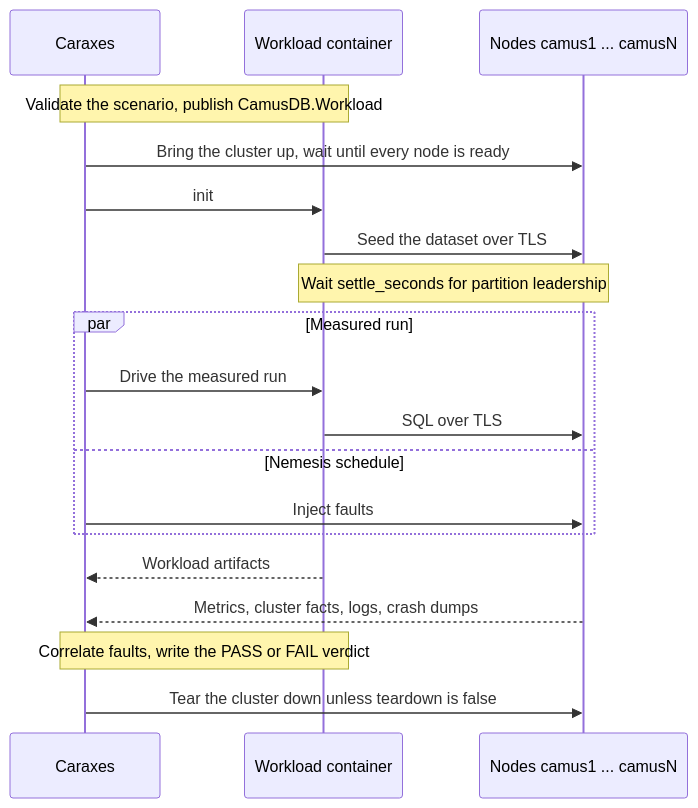
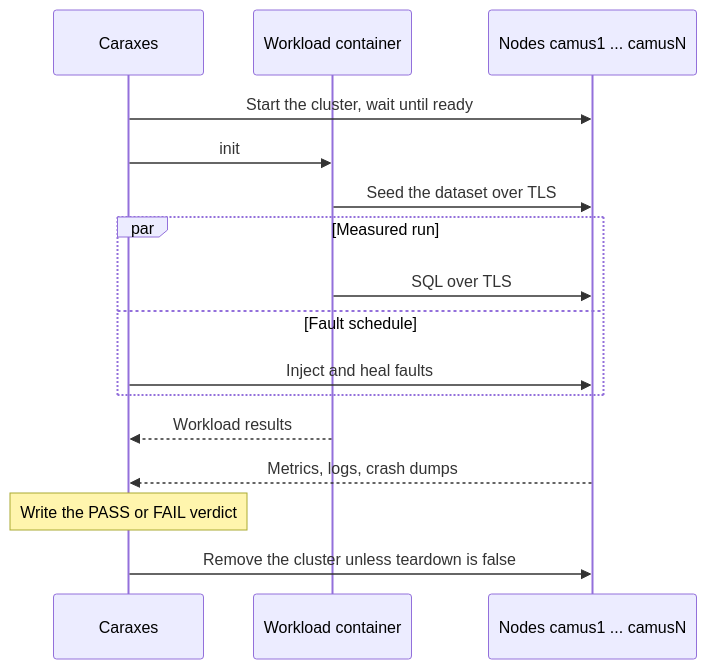
The diagram in docs/caraxes.md (camusdb/camusdb.github.io), drawn with Mermaid before and after one commit. The commit also changed other lines of this file and 81 other files, not shown here.

````diff
--- a/docs/caraxes.md
+++ b/docs/caraxes.md
@@ -173,21 +70,18 @@
 ```mermaid
 sequenceDiagram
     participant CX as Caraxes
     participant W as Workload container
     participant N as Nodes camus1 ... camusN
-    Note over CX,W: Validate the scenario, publish CamusDB.Workload
-    CX->>N: Bring the cluster up, wait until every node is ready
+    CX->>N: Start the cluster, wait until ready
     CX->>W: init
     W->>N: Seed the dataset over TLS
-    Note over W,N: Wait settle_seconds for partition leadership
     par Measured run
-        CX->>W: Drive the measured run
         W->>N: SQL over TLS
-    and Nemesis schedule
-        CX->>N: Inject faults
+    and Fault schedule
+        CX->>N: Inject and heal faults
     end
-    W-->>CX: Workload artifacts
-    N-->>CX: Metrics, cluster facts, logs, crash dumps
-    Note over CX,W: Correlate faults, write the PASS or FAIL verdict
-    CX->>N: Tear the cluster down unless teardown is false
+    W-->>CX: Workload results
+    N-->>CX: Metrics, logs, crash dumps
+    Note over CX: Write the PASS or FAIL verdict
+    CX->>N: Remove the cluster unless teardown is false
 ```
````
